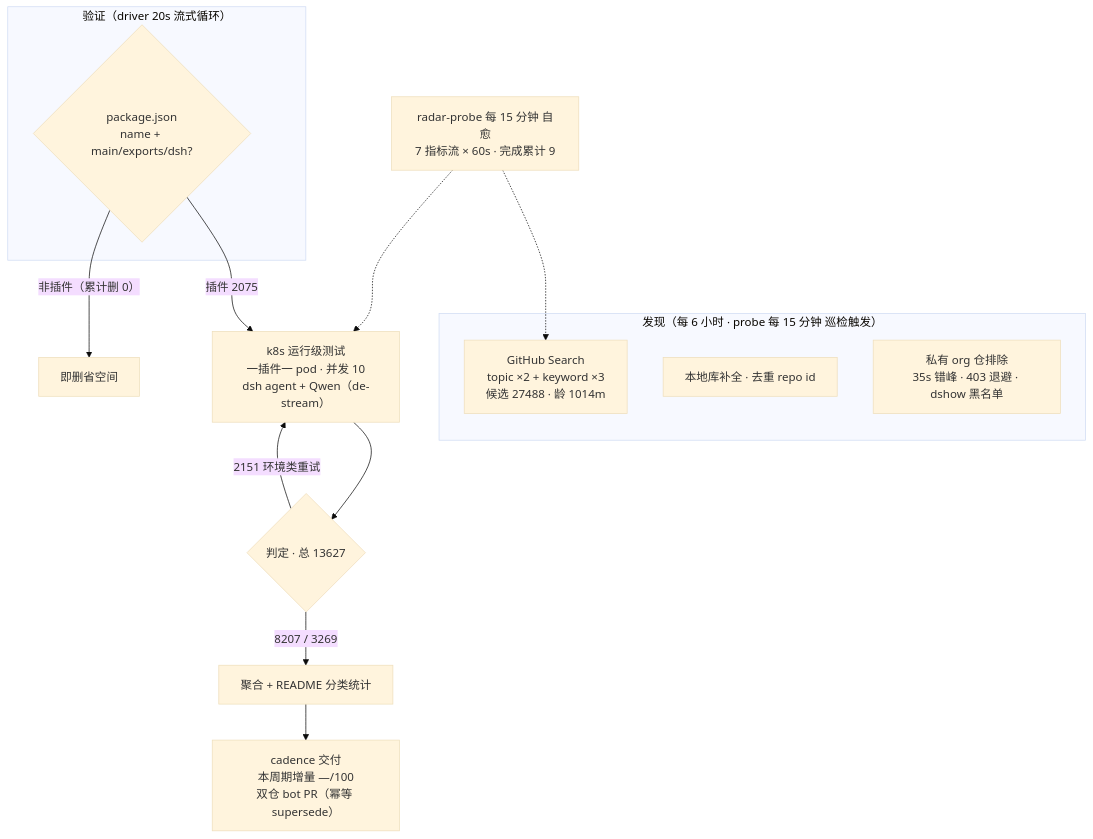
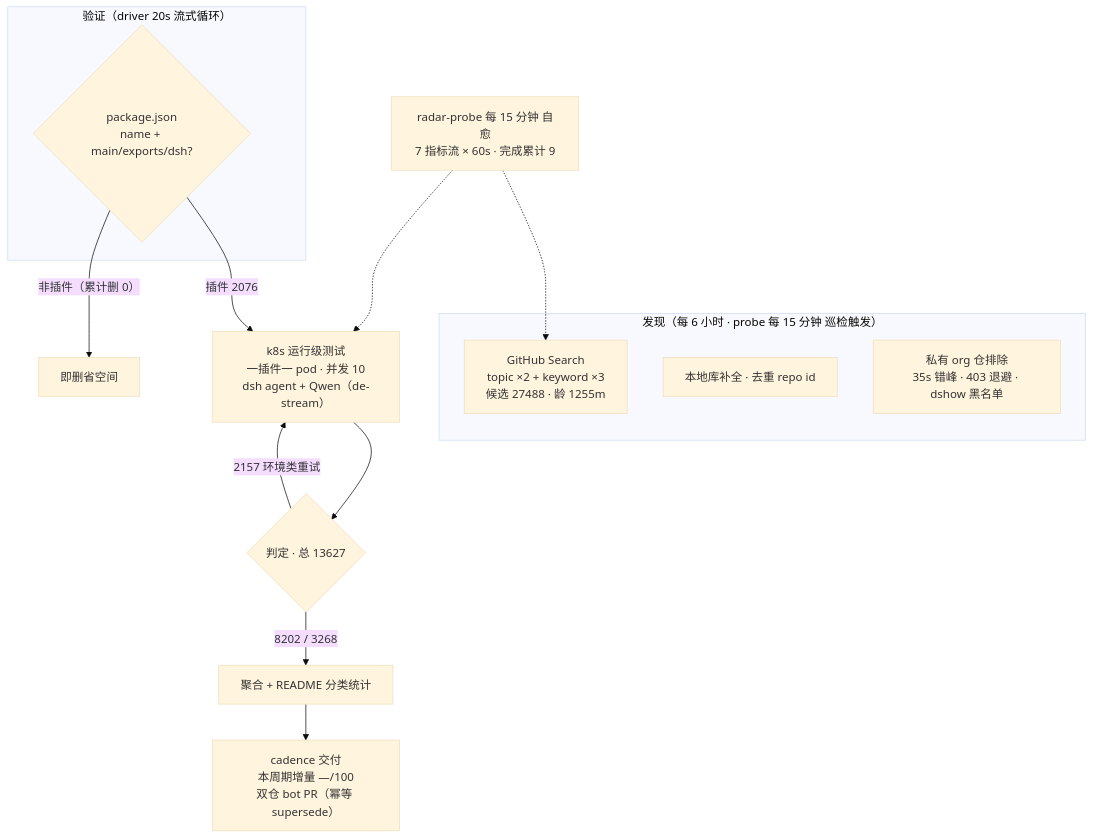
One commit to Zhidao-Lab-OSS/awesome-dsh-plugins changed the diagram in README.md. Above: the diagram before and after it, drawn with Mermaid (base theme). The commit also changed other lines of this file and 1 other file, not shown here.

````diff
--- a/README.md
+++ b/README.md
@@ -54,20 +54,20 @@
 ```mermaid
 flowchart TB
     subgraph Discovery["发现（每 6 小时 · probe 每 15 分钟 巡检触发）"]
-        A1["GitHub Search<br/>topic ×2 + keyword ×3<br/>候选 27488 · 龄 1014m"]
+        A1["GitHub Search<br/>topic ×2 + keyword ×3<br/>候选 27488 · 龄 1255m"]
         A2["本地库补全 · 去重 repo id"]
         A3["私有 org 仓排除<br/>35s 错峰 · 403 退避 · dshow 黑名单"]
     end
     subgraph Validation["验证（driver 20s 流式循环）"]
         B1{"package.json<br/>name + main/exports/dsh?"}
     end
-    B1 -->|"插件 2075"| C1["k8s 运行级测试<br/>一插件一 pod · 并发 10<br/>dsh agent + Qwen（de-stream）"]
+    B1 -->|"插件 2076"| C1["k8s 运行级测试<br/>一插件一 pod · 并发 10<br/>dsh agent + Qwen（de-stream）"]
     B1 -->|"非插件（累计删 0）"| B3["即删省空间"]
     C1 --> D1{"判定 · 总 13627"}
-    D1 -->|"8207 / 3269"| E1["聚合 + README 分类统计"]
-    D1 -->|"2151 环境类重试"| C1
+    D1 -->|"8202 / 3268"| E1["聚合 + README 分类统计"]
+    D1 -->|"2157 环境类重试"| C1
     E1 --> E2["cadence 交付<br/>本周期增量 —/100<br/>双仓 bot PR（幂等 supersede）"]
     M["radar-probe 每 15 分钟 自愈<br/>7 指标流 × 60s · 完成累计 9"]
     M -.-> A1
     M -.-> C1
 ```
````
